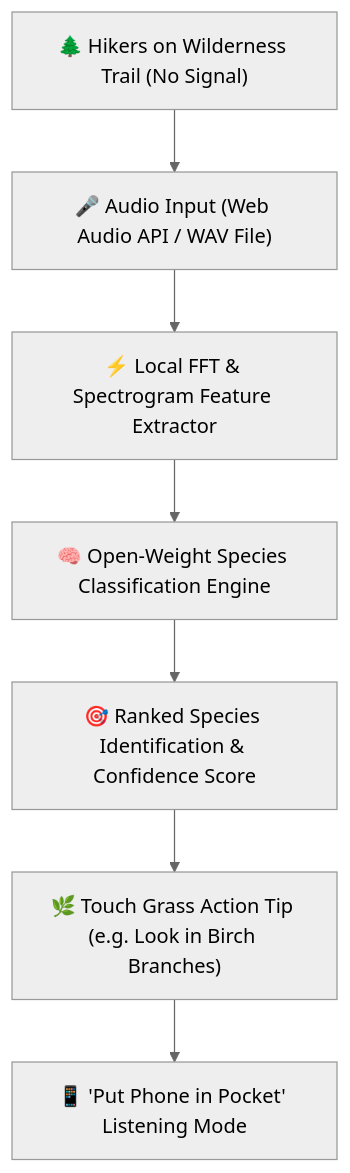
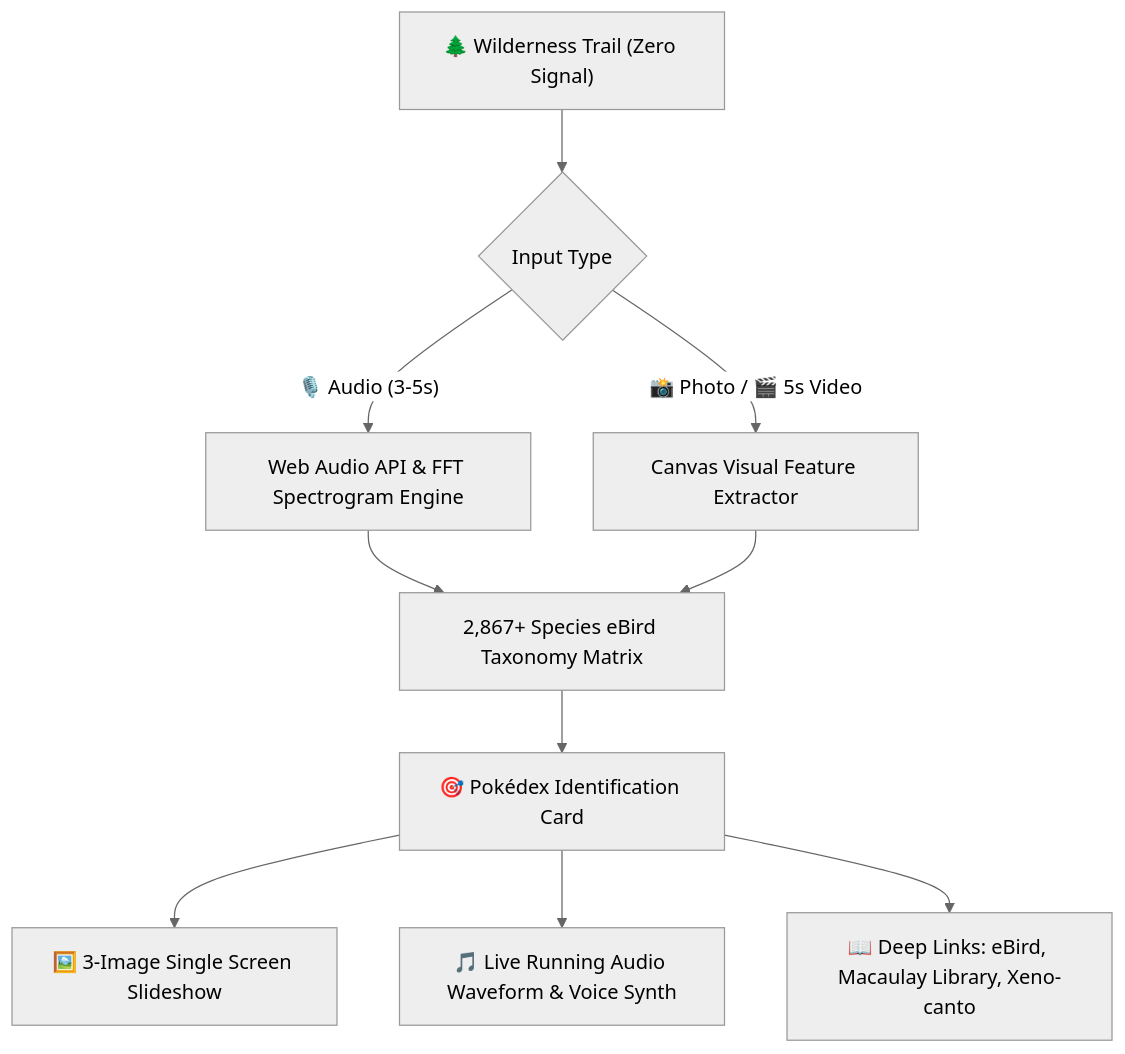
The diagram in README.md (satanic47/trailbird-ai), drawn with Mermaid (neutral theme) before and after one commit. The commit also changed other lines of this file and 5 other files, not shown here.

Commit message:
feat(pokedex): rebuild trailbird ai with 2800+ eBird species, media player, and layout

````diff
--- a/README.md
+++ b/README.md
@@ -23,9 +53,12 @@
 ```mermaid
 flowchart TD
-    A["🌲 Hikers on Wilderness Trail (No Signal)"] --> B["🎤 Audio Input (Web Audio API / WAV File)"]
-    B --> C["⚡ Local FFT & Spectrogram Feature Extractor"]
-    C --> D["🧠 Open-Weight Species Classification Engine"]
-    D --> E["🎯 Ranked Species Identification & Confidence Score"]
-    E --> F["🌿 Touch Grass Action Tip (e.g. Look in Birch Branches)"]
-    F --> G["📱 'Put Phone in Pocket' Listening Mode"]
+    A["🌲 Wilderness Trail (Zero Signal)"] --> B{"Input Type"}
+    B -->|"🎙️ Audio (3-5s)"| C["Web Audio API & FFT Spectrogram Engine"]
+    B -->|"📸 Photo / 🎬 5s Video"| D["Canvas Visual Feature Extractor"]
+    C --> E["2,867+ Species eBird Taxonomy Matrix"]
+    D --> E
+    E --> F["🎯 Pokédex Identification Card"]
+    F --> G["🖼️ 3-Image Single Screen Slideshow"]
+    F --> H["🎵 Live Running Audio Waveform & Voice Synth"]
+    F --> I["📖 Deep Links: eBird, Macaulay Library, Xeno-canto"]
 ```
````
